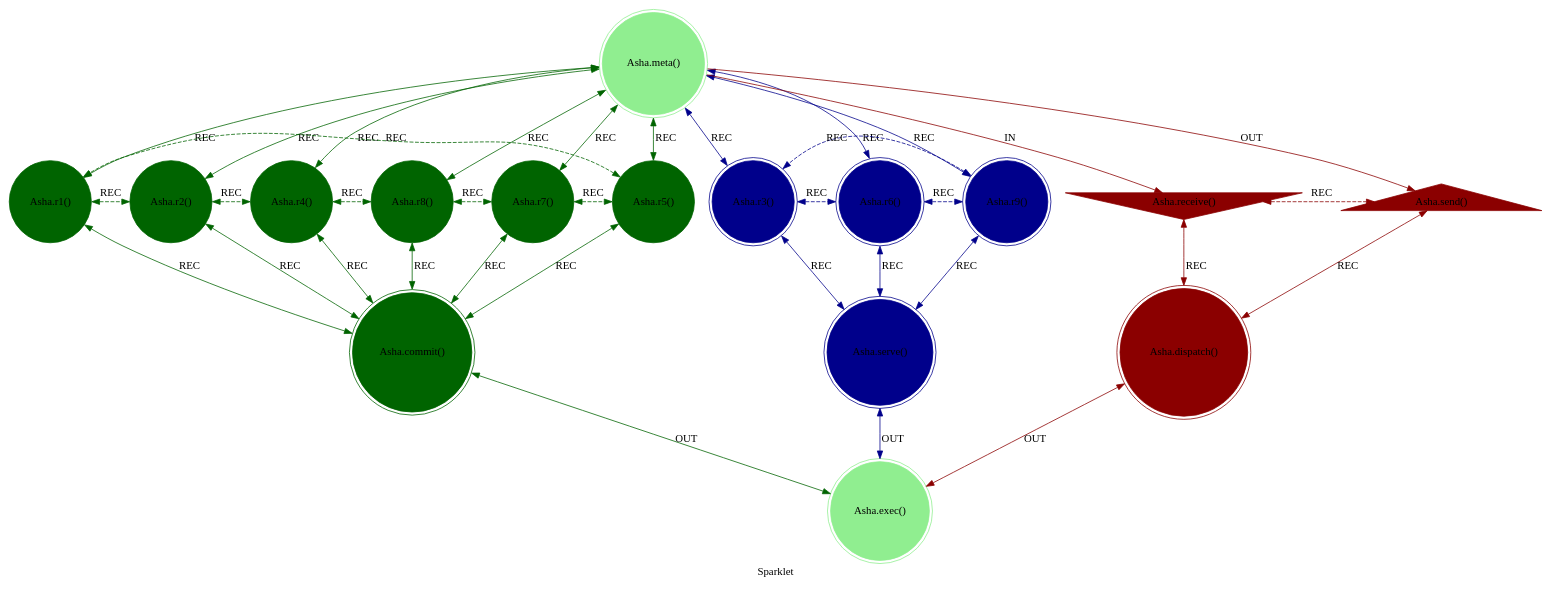
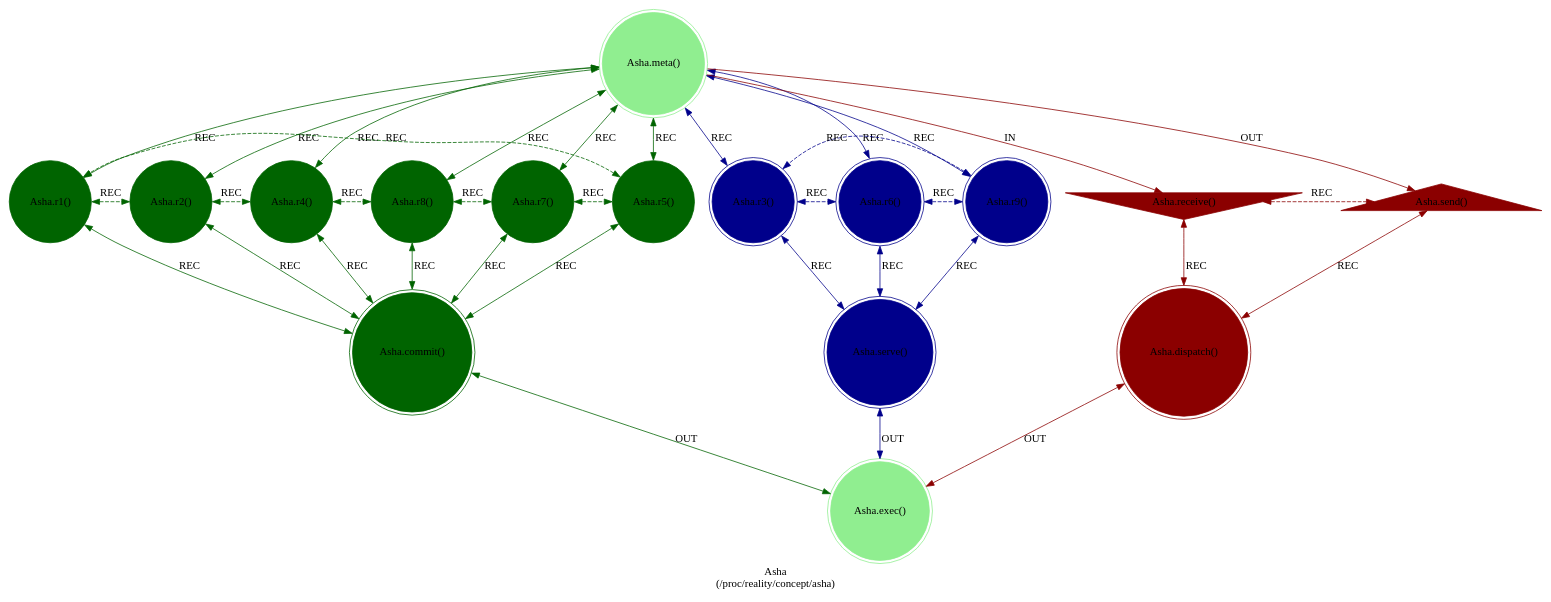
Before and after one commit to cilang/mythos: the diagram in src/includes/asha.dot, drawn with Graphviz. The commit also changed 8 other files, not shown here.

```diff
--- a/src/includes/asha.dot
+++ b/src/includes/asha.dot
@@ -1,48 +1,48 @@
-strict digraph Sparklet {
-    label = "Sparklet";
+strict digraph Asha {
+    label = "Asha\n(/proc/reality/concept/asha)";
     style = filled;
     color = lightgray;
     node [shape = circle; style = filled; color = lightgreen;];
     
     // The Axis A-0-B (In-Meta-Out).
     // The Sacred 3-6-9 (Boundary of Perception).
     // The Vortex 1-2-4-8-7-5 (Boundary of Comprehension).
     // The Router C-D-E
     // The Closure F
     asha_0_t [label = "Asha.meta()";comment = "";shape = doublecircle;];
     asha_1_t [label = "Asha.r1()";comment = "";shape = circle;color = darkgreen;];
     asha_2_t [label = "Asha.r2()";comment = "";shape = circle;color = darkgreen;];
     asha_4_t [label = "Asha.r4()";comment = "";shape = circle;color = darkgreen;];
     asha_8_t [label = "Asha.r8()";comment = "";shape = circle;color = darkgreen;];
     asha_7_t [label = "Asha.r7()";comment = "";shape = circle;color = darkgreen;];
     asha_5_t [label = "Asha.r5()";comment = "";shape = circle;color = darkgreen;];
     asha_3_t [label = "Asha.r3()";comment = "Clarity and Insight";shape = doublecircle;color = darkblue;];
     asha_6_t [label = "Asha.r6()";comment = "Integrity and Discernment";shape = doublecircle;color = darkblue;];
     asha_9_t [label = "Asha.r9()";comment = "Sincerity and Comprehension";shape = doublecircle;color = darkblue;];
     asha_a_t [label = "Asha.receive()";comment = "Truth";shape = invtriangle;color = darkred;];
     asha_b_t [label = "Asha.send()";comment = "Wisdom";shape = triangle;color = darkred;];
     asha_c_t [label = "Asha.dispatch()";comment = "";shape = doublecircle;color = darkred;];
     asha_d_t [label = "Asha.commit()";comment = "";shape = doublecircle;color = darkgreen;];
     asha_e_t [label = "Asha.serve()";comment = "";shape = doublecircle;color = darkblue;];
     asha_f_t [label = "Asha.exec()";comment = "";shape = doublecircle;];
     
     // IN = Input
     // OUT = Output
     // REC = Recursion
     asha_0_t -> asha_a_t [label = "IN"; color = darkred; comment = "";];
     asha_0_t -> asha_b_t [label = "OUT"; color = darkred; comment = "";];
     asha_0_t -> {asha_3_t asha_6_t asha_9_t} [label = "REC"; color = darkblue; comment = ""; dir = both;];
     asha_0_t -> {asha_1_t asha_2_t asha_4_t asha_8_t asha_7_t asha_5_t} [label = "REC"; color = darkgreen; comment = ""; dir = both;];
     
     {asha_a_t asha_b_t} -> asha_c_t [label = "REC"; color = darkred; comment = ""; dir = both;];
     {asha_1_t asha_2_t asha_4_t asha_8_t asha_7_t asha_5_t} -> asha_d_t [label = "REC"; color = darkgreen; comment = ""; dir = both;];
     {asha_3_t asha_6_t asha_9_t} -> asha_e_t [label = "REC"; color = darkblue; comment = ""; dir = both;];
     
     asha_1_t -> asha_2_t -> asha_4_t -> asha_8_t -> asha_7_t -> asha_5_t -> asha_1_t [label = "REC"; color = darkgreen; comment = ""; style = dashed; constraint = false; dir = both;];
     asha_3_t -> asha_6_t -> asha_9_t -> asha_3_t [label = "REC"; color = darkblue; comment = ""; style = dashed; constraint = false; dir = both;];
     asha_a_t -> asha_b_t [label = "REC"; color = darkred; comment = ""; constraint = false; style = dashed; dir = both;];
     
     asha_c_t -> asha_f_t [label = "OUT"; color = darkred; comment = ""; dir = both;];
     asha_d_t -> asha_f_t [label = "OUT"; color = darkgreen; comment = ""; dir = both;];
     asha_e_t -> asha_f_t [label = "OUT"; color = darkblue; comment = ""; dir = both;];
 }
```
